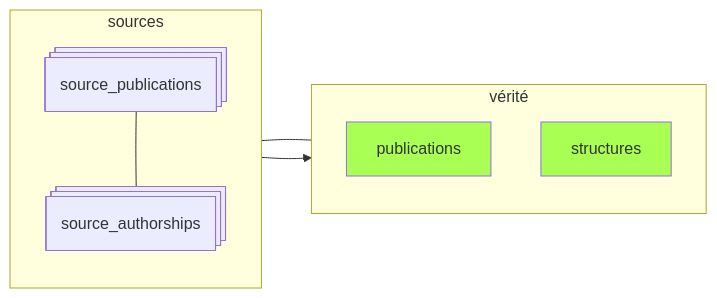
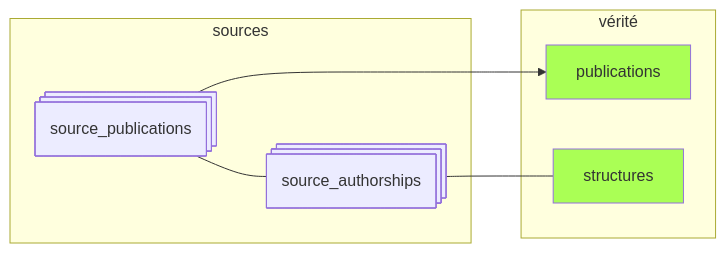
One commit to Y33sha/bibliometrie-uca changed the second of 4 diagrams in docs/pipeline/12-resume.md. Above: the diagram before and after it, drawn with Mermaid. The commit also changed other lines of this file, not shown here.

````diff
--- a/docs/pipeline/12-resume.md
+++ b/docs/pipeline/12-resume.md
@@ -24,20 +24,18 @@
 ```mermaid
 flowchart LR
     subgraph vérité
-        direction TB
         publications
         structures
 
     end
 
     subgraph sources
-        direction TB
         SA---structures
         SP@{ shape: procs, label: "source_publications"}---SA@{ shape: procs, label: "source_authorships"}
 
     end
 
     SP-->publications
     classDef valid  fill:#af5
     class structures,publications valid;
 ```
````
